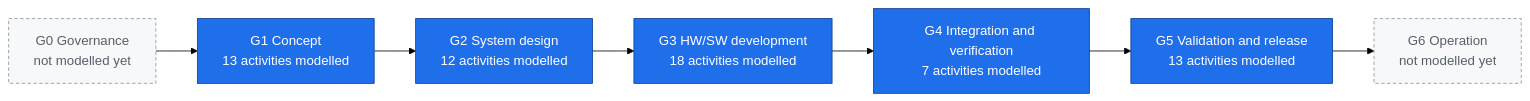
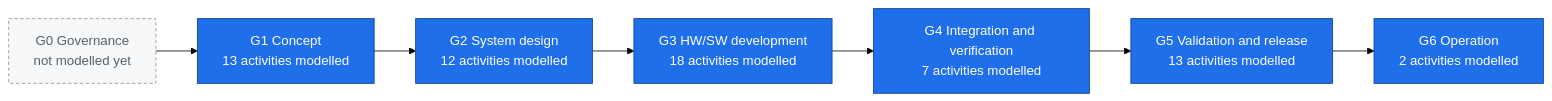
One commit to jherrodthomas/LionDriver changed the first of 2 diagrams in assurance/process/maps/lifecycle.md. Above: the diagram before and after it, drawn with Mermaid (forest theme). The commit also changed other lines of this file and 8 other files, not shown here.

````diff
--- a/assurance/process/maps/lifecycle.md
+++ b/assurance/process/maps/lifecycle.md
@@ -8,15 +8,15 @@
 ```mermaid
 flowchart LR
   G0["G0 Governance<br/>not modelled yet"]
   G1["G1 Concept<br/>13 activities modelled"]
   G2["G2 System design<br/>12 activities modelled"]
   G3["G3 HW/SW development<br/>18 activities modelled"]
   G4["G4 Integration and verification<br/>7 activities modelled"]
   G5["G5 Validation and release<br/>13 activities modelled"]
-  G6["G6 Operation<br/>not modelled yet"]
+  G6["G6 Operation<br/>2 activities modelled"]
   G0 --> G1 --> G2 --> G3 --> G4 --> G5 --> G6
   classDef modelled fill:#1f6feb,stroke:#0b3d91,color:#ffffff
   classDef pending fill:#f6f8fa,stroke:#8c959f,color:#57606a,stroke-dasharray: 4 3
-  class G1,G2,G3,G4,G5 modelled
-  class G0,G6 pending
+  class G1,G2,G3,G4,G5,G6 modelled
+  class G0 pending
 ```
````
